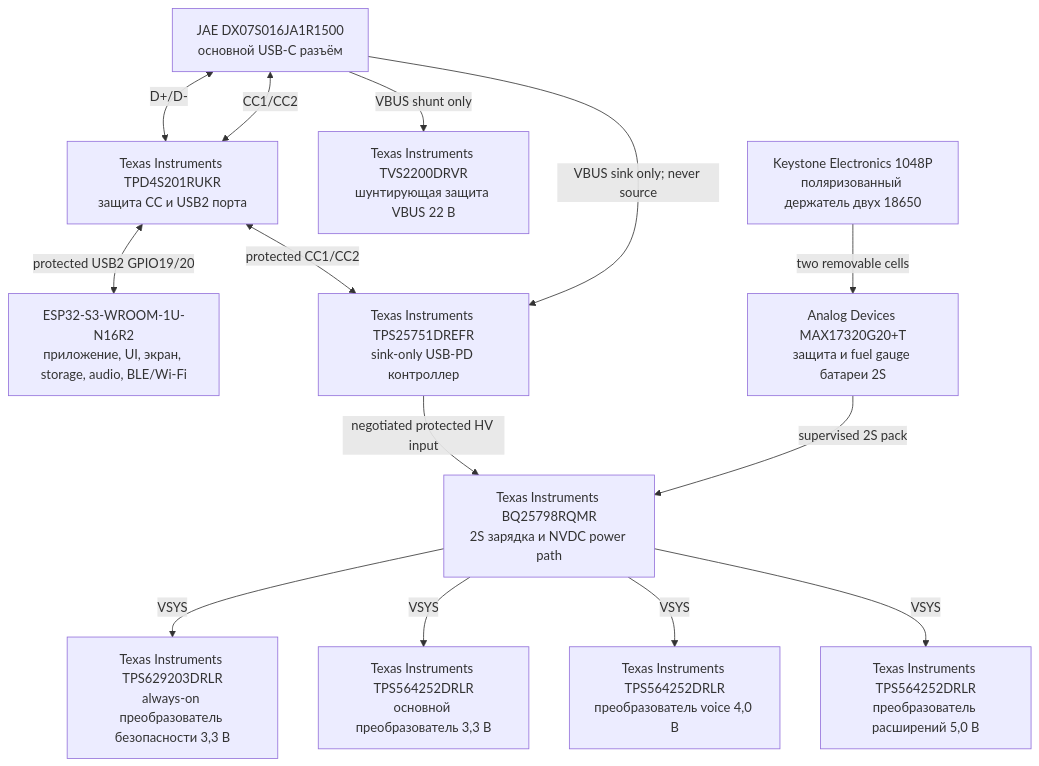
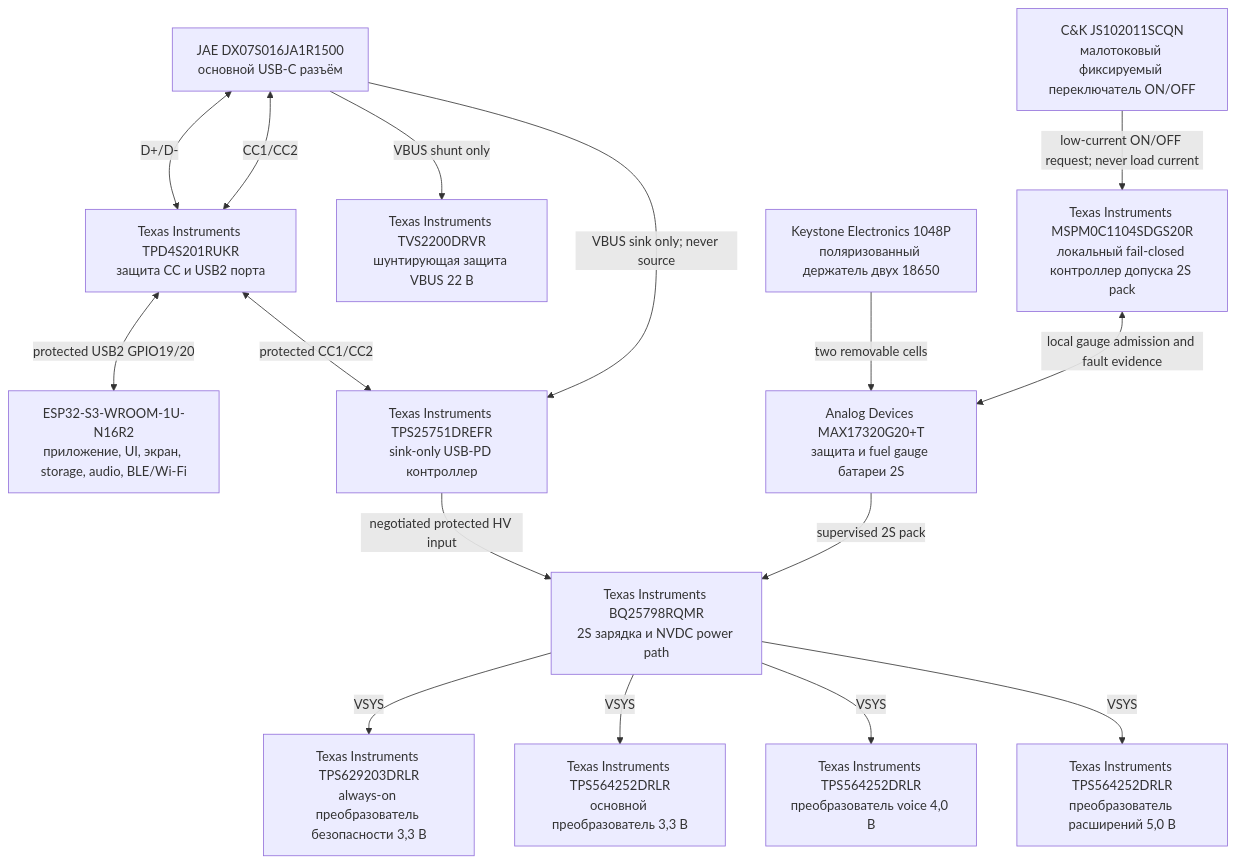
One commit to anton-vinogradov/esp32-leshy2 changed the ninth of 10 diagrams in docs/schematics.ru.md. Above: the diagram before and after it, drawn with Mermaid. The commit also changed 21 other files, not shown here.

````diff
--- a/docs/schematics.ru.md
+++ b/docs/schematics.ru.md
@@ -220,25 +220,29 @@
 ```mermaid
 flowchart TD
 PRODUCT_USB_CONNECTOR["JAE DX07S016JA1R1500<br/>основной USB-C разъём"]
 PRODUCT_USB_PROTECTOR["Texas Instruments TPD4S201RUKR<br/>защита CC и USB2 порта"]
 S3["ESP32-S3-WROOM-1U-N16R2<br/>приложение, UI, экран, storage, audio, BLE/Wi-Fi"]
 PD_VBUS_TVS["Texas Instruments TVS2200DRVR<br/>шунтирующая защита VBUS 22 В"]
 PD_CONTROLLER["Texas Instruments TPS25751DREFR<br/>sink-only USB-PD контроллер"]
 NVDC_CHARGER["Texas Instruments BQ25798RQMR<br/>2S зарядка и NVDC power path"]
 PACK_HOLDER["Keystone Electronics 1048P<br/>поляризованный держатель двух 18650"]
 PACK_GAUGE["Analog Devices MAX17320G20+T<br/>защита и fuel gauge батареи 2S"]
+PACK_ADMISSION["Texas Instruments MSPM0C1104SDGS20R<br/>локальный fail-closed контроллер допуска 2S pack"]
+POWER_COMMAND_SWITCH["C&K JS102011SCQN<br/>малотоковый фиксируемый переключатель ON/OFF"]
 AON_BUCK["Texas Instruments TPS629203DRLR<br/>always-on преобразователь безопасности 3,3 В"]
 MAIN_BUCK["Texas Instruments TPS564252DRLR<br/>основной преобразователь 3,3 В"]
 VOICE_BUCK["Texas Instruments TPS564252DRLR<br/>преобразователь voice 4,0 В"]
 EXT_BUCK["Texas Instruments TPS564252DRLR<br/>преобразователь расширений 5,0 В"]
   PRODUCT_USB_CONNECTOR <-->|"D+/D-"| PRODUCT_USB_PROTECTOR <-->|"protected USB2 GPIO19/20"| S3
   PRODUCT_USB_CONNECTOR <-->|"CC1/CC2"| PRODUCT_USB_PROTECTOR <-->|"protected CC1/CC2"| PD_CONTROLLER
   PRODUCT_USB_CONNECTOR -->|"VBUS sink only; never source"| PD_CONTROLLER
   PRODUCT_USB_CONNECTOR -->|"VBUS shunt only"| PD_VBUS_TVS
   PD_CONTROLLER -->|"negotiated protected HV input"| NVDC_CHARGER
   PACK_HOLDER -->|"two removable cells"| PACK_GAUGE -->|"supervised 2S pack"| NVDC_CHARGER
+  POWER_COMMAND_SWITCH -->|"low-current ON/OFF request; never load current"| PACK_ADMISSION
+  PACK_ADMISSION <-->|"local gauge admission and fault evidence"| PACK_GAUGE
   NVDC_CHARGER -->|"VSYS"| AON_BUCK
   NVDC_CHARGER -->|"VSYS"| MAIN_BUCK
   NVDC_CHARGER -->|"VSYS"| VOICE_BUCK
   NVDC_CHARGER -->|"VSYS"| EXT_BUCK
 ```
````
